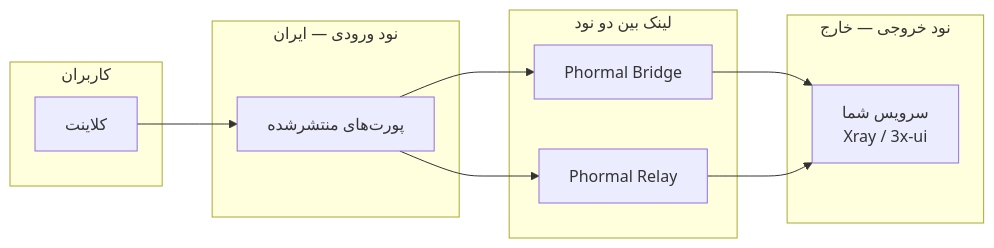
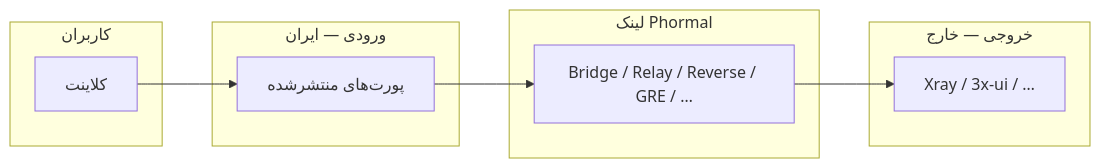
One commit to Schmi7zz/Phormal changed the diagram in README.fa.md. Above: the diagram before and after it, drawn with Mermaid. The commit also changed other lines of this file and 2 other files, not shown here.

````diff
--- a/README.fa.md
+++ b/README.fa.md
@@ -37,21 +45,16 @@
 ```mermaid
 flowchart LR
   subgraph users [کاربران]
     C[کلاینت]
   end
-  subgraph entry [نود ورودی — ایران]
+  subgraph entry [ورودی — ایران]
     E[پورت‌های منتشرشده]
   end
-  subgraph link [لینک بین دو نود]
-    B[Phormal Bridge]
-    R[Phormal Relay]
+  subgraph link [لینک Phormal]
+    T[Bridge / Relay / Reverse / GRE / …]
   end
-  subgraph exit [نود خروجی — خارج]
-    X[سرویس شما<br/>Xray / 3x-ui]
+  subgraph exit [خروجی — خارج]
+    X[Xray / 3x-ui / …]
   end
-  C --> E
-  E --> B
-  E --> R
-  B --> X
-  R --> X
+  C --> E --> T --> X
 ```
````
